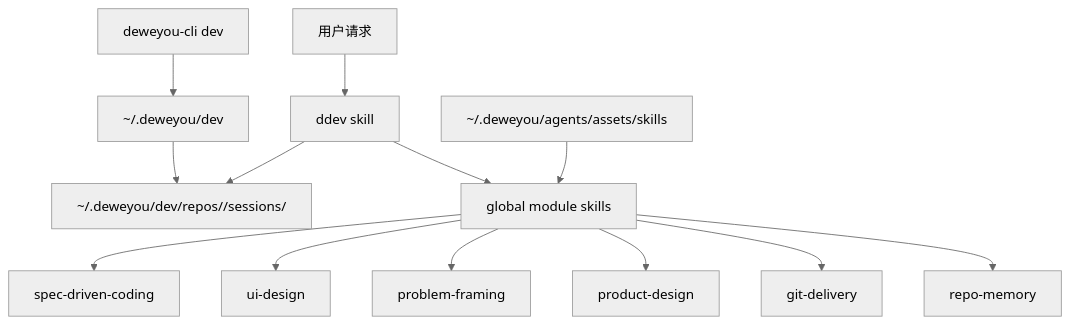
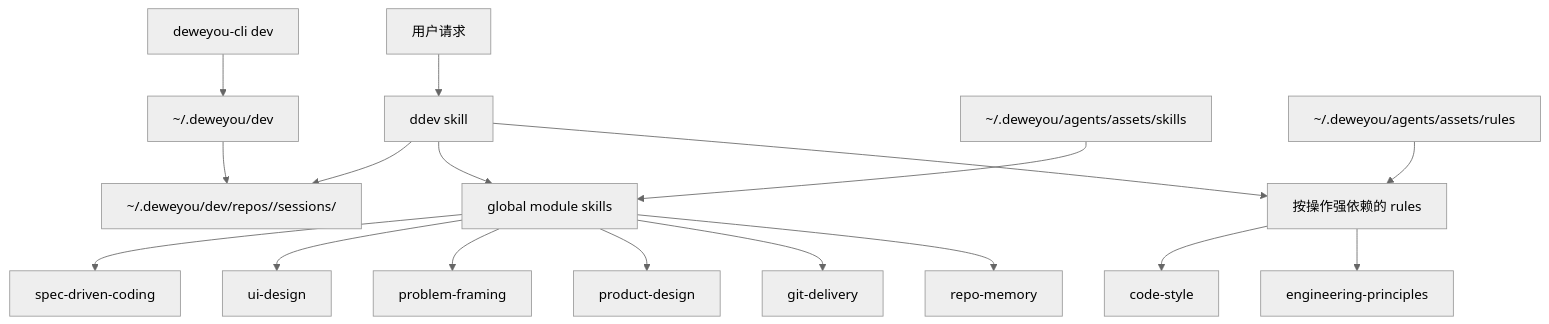
Before and after one commit to deweyou/harness: the diagram in docs/ddev-framework.zh.md, drawn with Mermaid (neutral theme). The commit also changed other lines of this file and 11 other files, not shown here.

Commit message:
feat(ddev): require cached engineering rules

````diff
--- a/docs/ddev-framework.zh.md
+++ b/docs/ddev-framework.zh.md
@@ -46,15 +47,19 @@
 ```mermaid
 flowchart TD
     User["用户请求"] --> DDev["ddev skill"]
     CLI["deweyou-cli dev"] --> Runtime["~/.deweyou/dev"]
     Runtime --> State["~/.deweyou/dev/repos/<repo-id>/sessions/<branch>"]
     DDev --> State
     Cache["~/.deweyou/agents/assets/skills"] --> Modules["global module skills"]
+    RuleCache["~/.deweyou/agents/assets/rules"] --> Rules["按操作强依赖的 rules"]
     DDev --> Modules
+    DDev --> Rules
+    Rules --> CodeStyle["code-style"]
+    Rules --> Engineering["engineering-principles"]
     Modules --> Coding["spec-driven-coding"]
     Modules --> UI["ui-design"]
     Modules --> Framing["problem-framing"]
     Modules --> Product["product-design"]
     Modules --> Delivery["git-delivery"]
     Modules --> Memory["repo-memory"]
 ```
````
